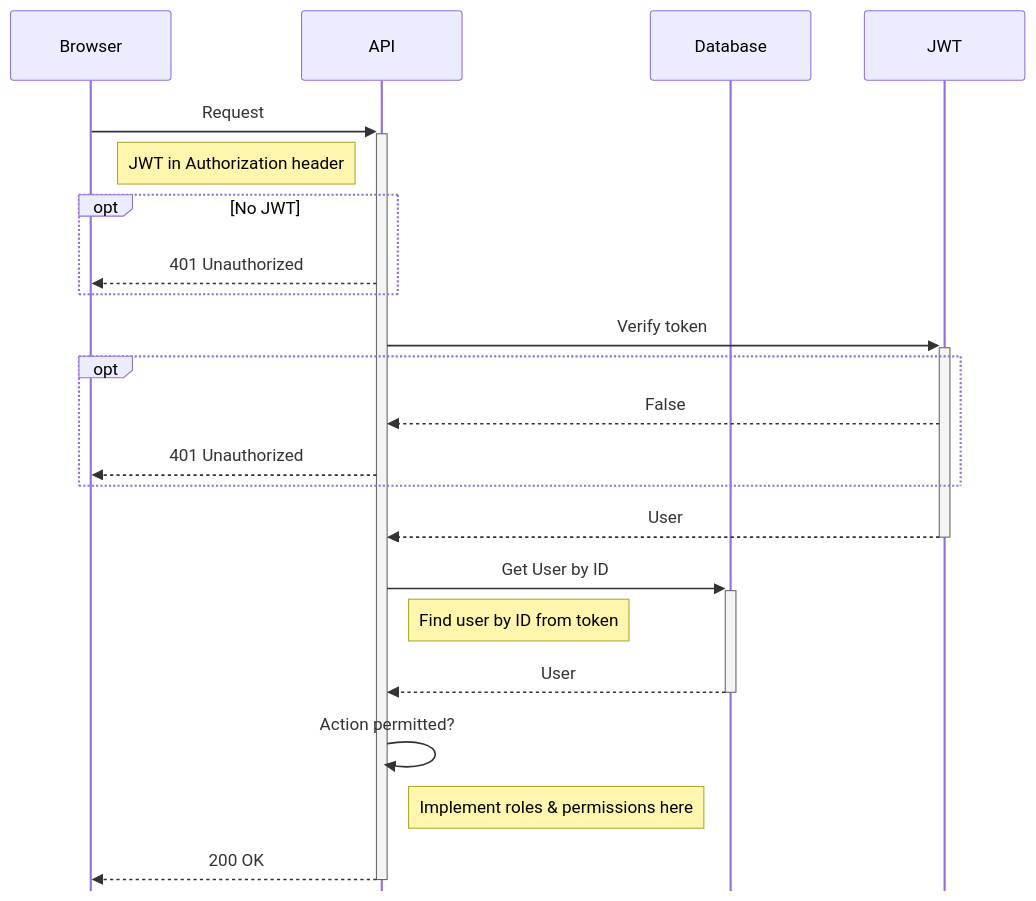
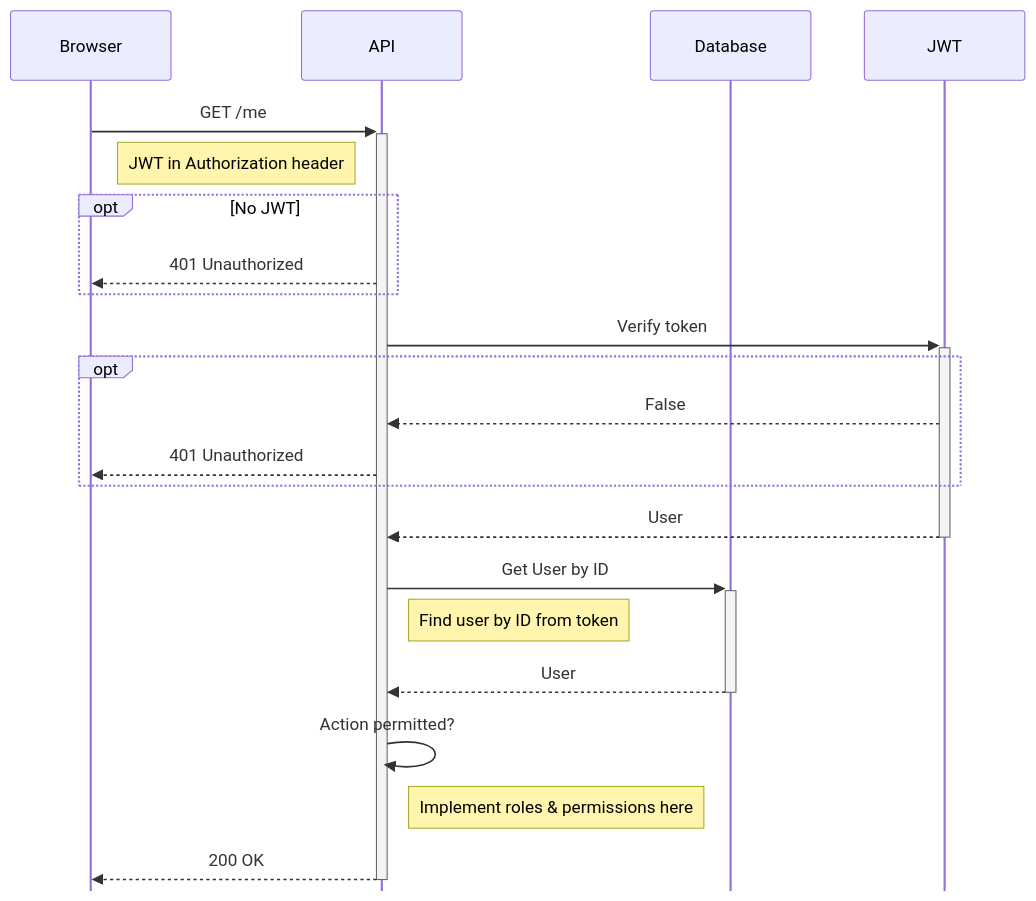
Before and after one commit to Code-Cookbook/code-cookbook.github.io: the sixth of 6 diagrams in recipes/users-auth/username-password.mdx, drawn with Mermaid. The commit also changed other lines of this file and 5 other files, not shown here.

````diff
--- a/recipes/users-auth/username-password.mdx
+++ b/recipes/users-auth/username-password.mdx
@@ -189,26 +263,26 @@
 ```mermaid
 %%{init: { "sequence": { "mirrorActors":false }}}%%
 sequenceDiagram
     participant Browser
     participant API
     participant Database
     participant JWT
-    Browser->>+API: Request
+    Browser->>+API: GET /me
     Note right of Browser: JWT in Authorization header
     opt No JWT
       API-->>Browser: 401 Unauthorized
     end
     API->>+JWT: Verify token
     opt
       JWT-->>API: False
       API-->>Browser: 401 Unauthorized
     end
     JWT-->>-API: User
     API->>+Database: Get User by ID
     Note right of API: Find user by ID from token
     Database-->>-API: User
     API->>API: Action permitted?
     Note right of API: Implement roles & permissions here
     API-->>-Browser: 200 OK
 
 ```
````
